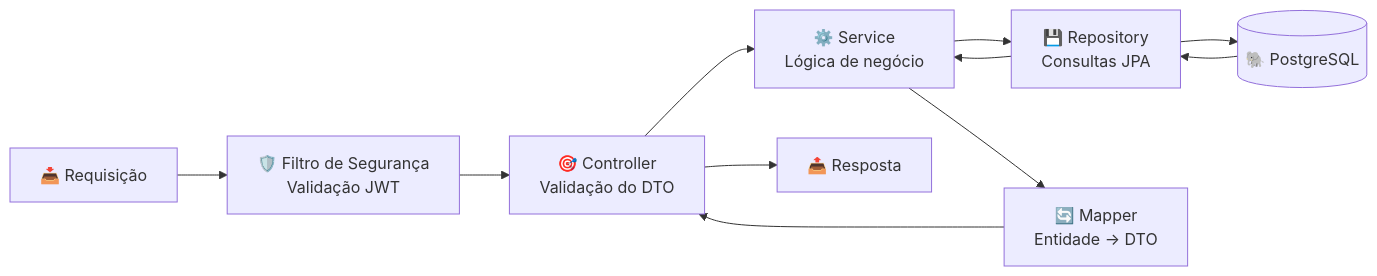
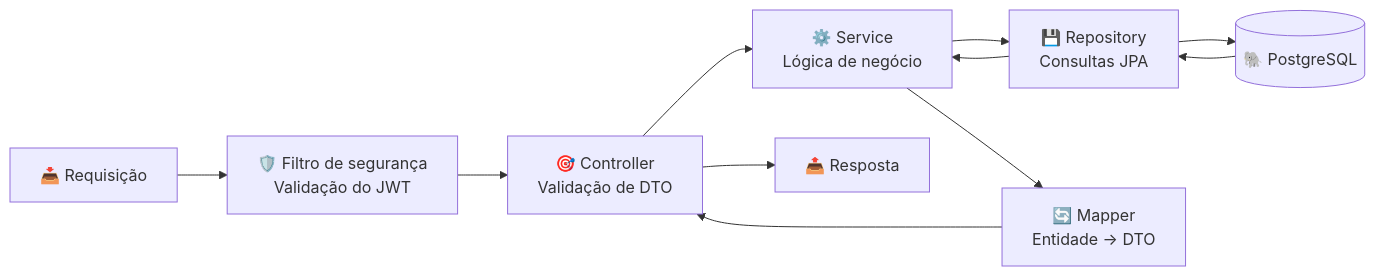
One commit to AndDev741/Beyou-arch-design changed the third of 5 diagrams in architecture/overview/pt.md. Above: the diagram before and after it, drawn with Mermaid. The commit also changed other lines of this file and 3 other files, not shown here.

First line of the commit message:
docs(architecture): rewrite the overview around the production stack

````diff
--- a/architecture/overview/pt.md
+++ b/architecture/overview/pt.md
@@ -128,13 +143,13 @@
 ```mermaid
 flowchart LR
-  REQ["📥 Requisição"] --> FILT["🛡️ Filtro de Segurança<br/>Validação JWT"]
-  FILT --> CTRL["🎯 Controller<br/>Validação do DTO"]
+  REQ["📥 Requisição"] --> FILT["🛡️ Filtro de segurança<br/>Validação do JWT"]
+  FILT --> CTRL["🎯 Controller<br/>Validação de DTO"]
   CTRL --> SVC["⚙️ Service<br/>Lógica de negócio"]
   SVC --> REPO["💾 Repository<br/>Consultas JPA"]
   REPO --> DB[("🐘 PostgreSQL")]
   DB --> REPO
   REPO --> SVC
   SVC --> MAP["🔄 Mapper<br/>Entidade → DTO"]
   MAP --> CTRL
   CTRL --> RES["📤 Resposta"]
 ```
````
